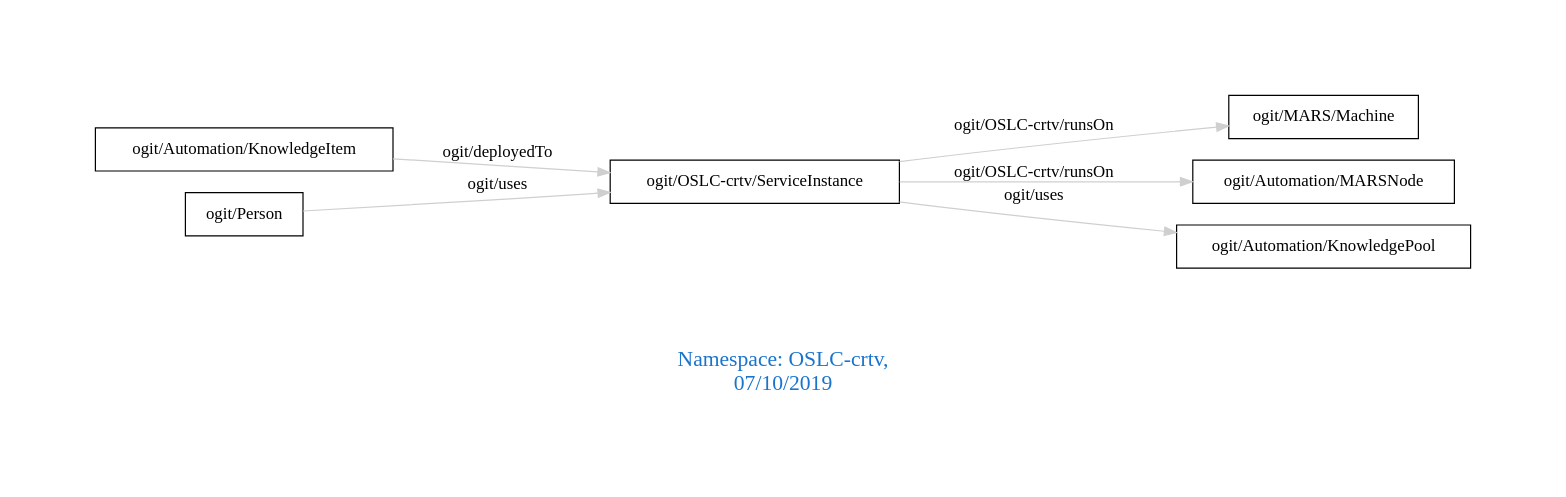
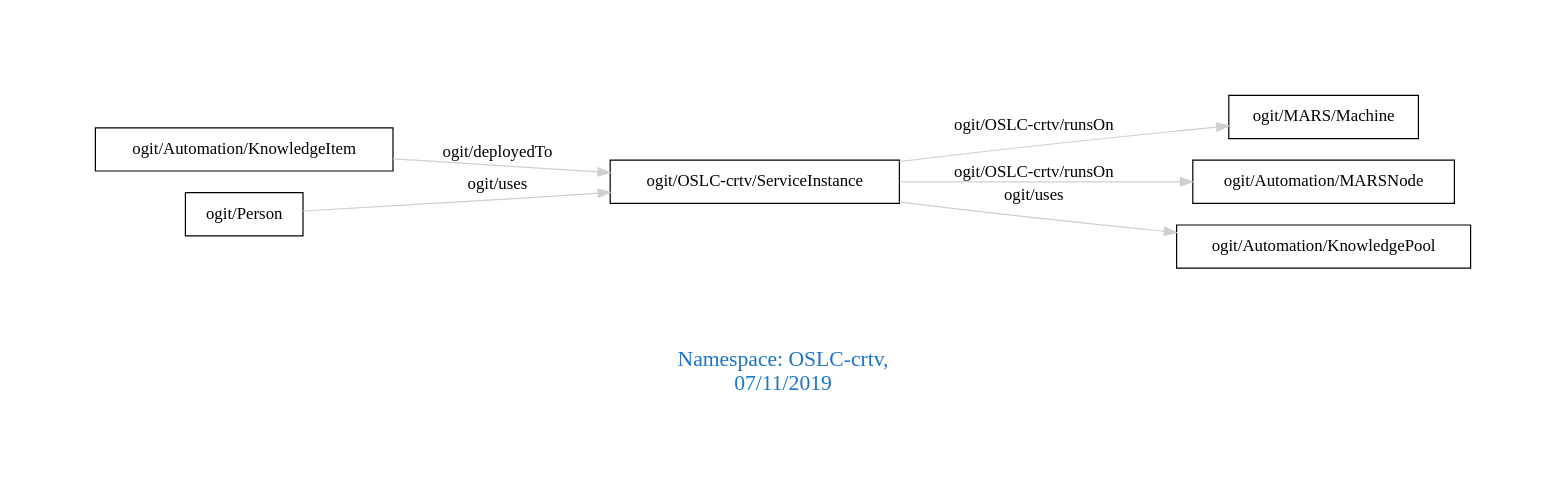
Before and after one commit to arago/OGIT: the diagram in downloads/OSLC-crtv.dot, drawn with Graphviz. The commit also changed 1478 other files, not shown here.

```diff
--- a/downloads/OSLC-crtv.dot
+++ b/downloads/OSLC-crtv.dot
@@ -1,13 +1,13 @@
 digraph OGIT_ontology {
  graph [ rankdir= LR,pad=1 
 fontsize = 18,
-fontcolor= dodgerblue3,label = "\n\n\nNamespace: OSLC-crtv, \n 07/10/2019"];
+fontcolor= dodgerblue3,label = "\n\n\nNamespace: OSLC-crtv, \n 07/11/2019"];
 node[shape=polygon];
 edge [  color="gray81"];
 
    "ogit/Automation/KnowledgeItem" -> "ogit/OSLC-crtv/ServiceInstance" [label="   ogit/deployedTo    "];
    "ogit/OSLC-crtv/ServiceInstance" -> "ogit/MARS/Machine" [label="   ogit/OSLC-crtv/runsOn    "];
    "ogit/OSLC-crtv/ServiceInstance" -> "ogit/Automation/MARSNode" [label="   ogit/OSLC-crtv/runsOn    "];
    "ogit/OSLC-crtv/ServiceInstance" -> "ogit/Automation/KnowledgePool" [label="   ogit/uses    "];
    "ogit/Person" -> "ogit/OSLC-crtv/ServiceInstance" [label="   ogit/uses    "];
 }
```
